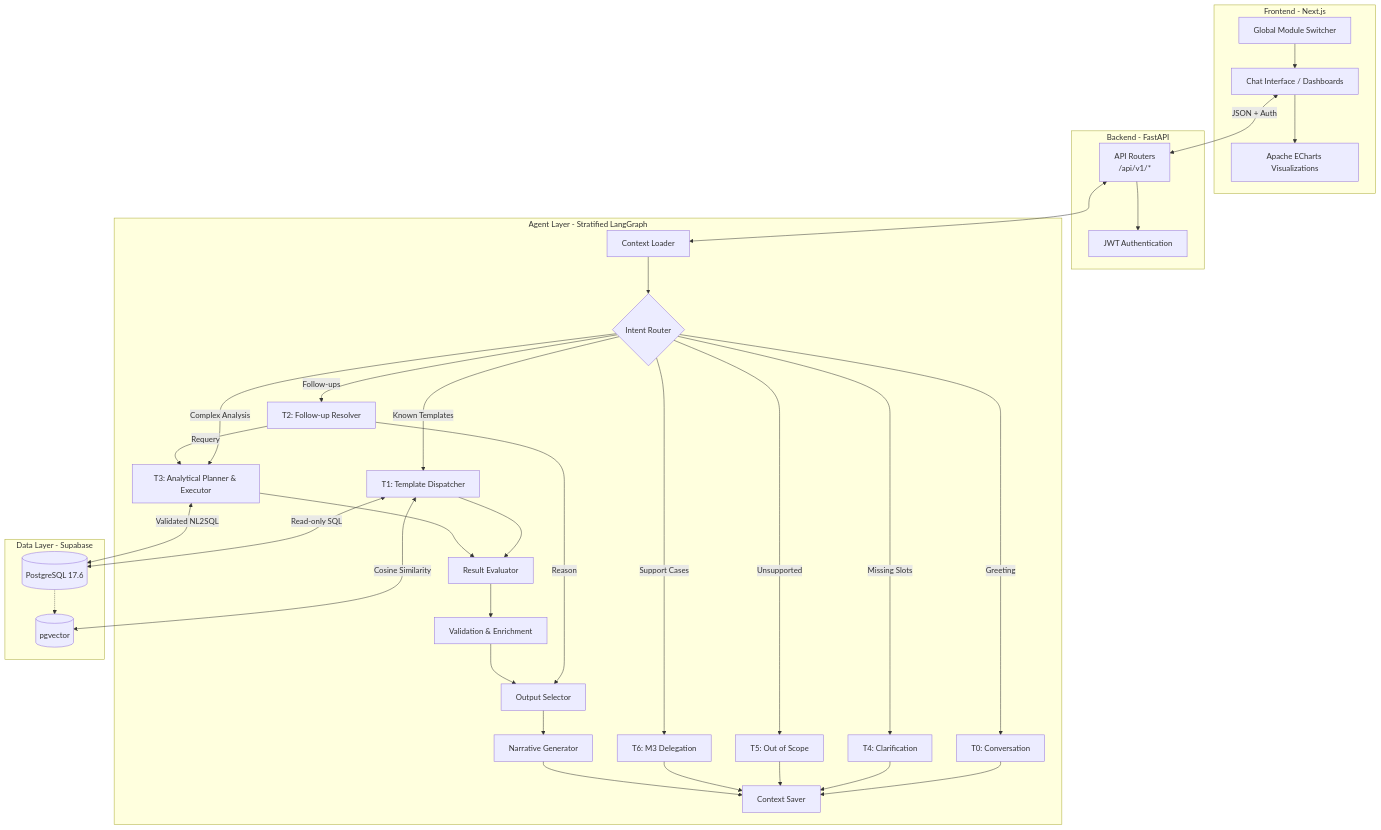
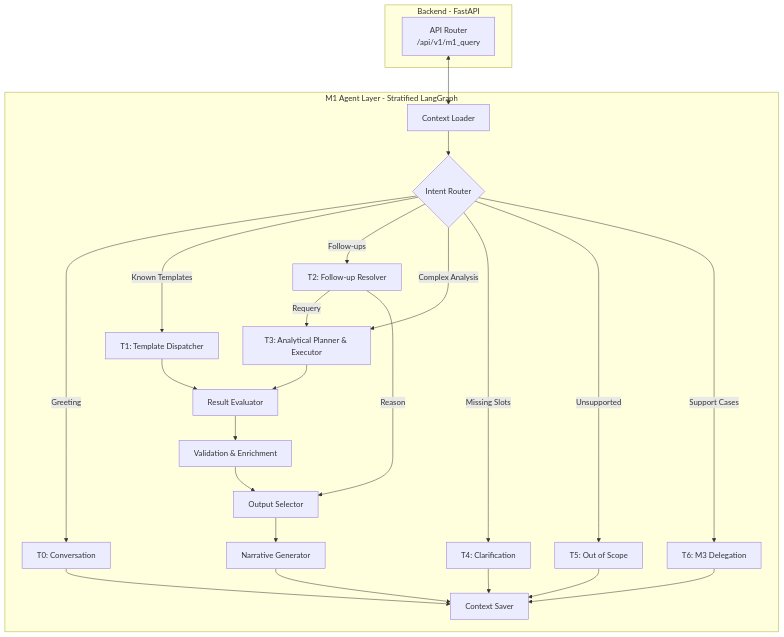
Before and after one commit to MostafaAyman3/Wakeel: the second of 2 diagrams in README.md, drawn with Mermaid. The commit also changed other lines of this file, not shown here.

Commit message:
docs: add macro architecture diagram including M2 and M3

````diff
--- a/README.md
+++ b/README.md
@@ -61,76 +132,54 @@
 ```mermaid
 graph TD
-    %% Frontend Layer
-    subgraph Frontend [Frontend - Next.js]
-        GlobalNav[Global Module Switcher]
-        UI[Chat Interface / Dashboards]
-        Charts[Apache ECharts Visualizations]
-        GlobalNav --> UI
-        UI --> Charts
-    end
-
     %% Backend Layer
     subgraph Backend [Backend - FastAPI]
-        API[API Routers<br>/api/v1/*]
-        Auth[JWT Authentication]
-        API --> Auth
+        API[API Router<br>/api/v1/m1_query]
     end
 
     %% Agent Layer (LangGraph v2.0)
-    subgraph Agents [Agent Layer - Stratified LangGraph]
+    subgraph Agents [M1 Agent Layer - Stratified LangGraph]
         ContextLoad[Context Loader]
         Router{Intent Router}
         
         T0[T0: Conversation]
         T1[T1: Template Dispatcher]
         T2[T2: Follow-up Resolver]
         T3[T3: Analytical Planner & Executor]
         T4[T4: Clarification]
         T5[T5: Out of Scope]
         T6[T6: M3 Delegation]
         
         Eval[Result Evaluator]
         Validate[Validation & Enrichment]
         OutSelect[Output Selector]
         Narrative[Narrative Generator]
         ContextSave[Context Saver]
 
         ContextLoad --> Router
         Router -->|Greeting| T0
         Router -->|Known Templates| T1
         Router -->|Follow-ups| T2
         Router -->|Complex Analysis| T3
         Router -->|Missing Slots| T4
         Router -->|Unsupported| T5
         Router -->|Support Cases| T6
 
         T1 --> Eval
         T2 -->|Requery| T3
         T2 -->|Reason| OutSelect
         T3 --> Eval
         
         Eval --> Validate
         Validate --> OutSelect
         OutSelect --> Narrative
         
         T0 --> ContextSave
         T4 --> ContextSave
         T5 --> ContextSave
         T6 --> ContextSave
         Narrative --> ContextSave
     end
 
-    %% Database Layer
-    subgraph Data [Data Layer - Supabase]
-        DB[(PostgreSQL 17.6)]
-        VectorDB[(pgvector)]
-        DB -.-> VectorDB
-    end
-
     %% Connections
-    UI <-->|JSON + Auth| API
     API <--> ContextLoad
-    T1 <-->|Read-only SQL| DB
-    T3 <-->|Validated NL2SQL| DB
-    T1 <-->|Cosine Similarity| VectorDB
 ```
````
